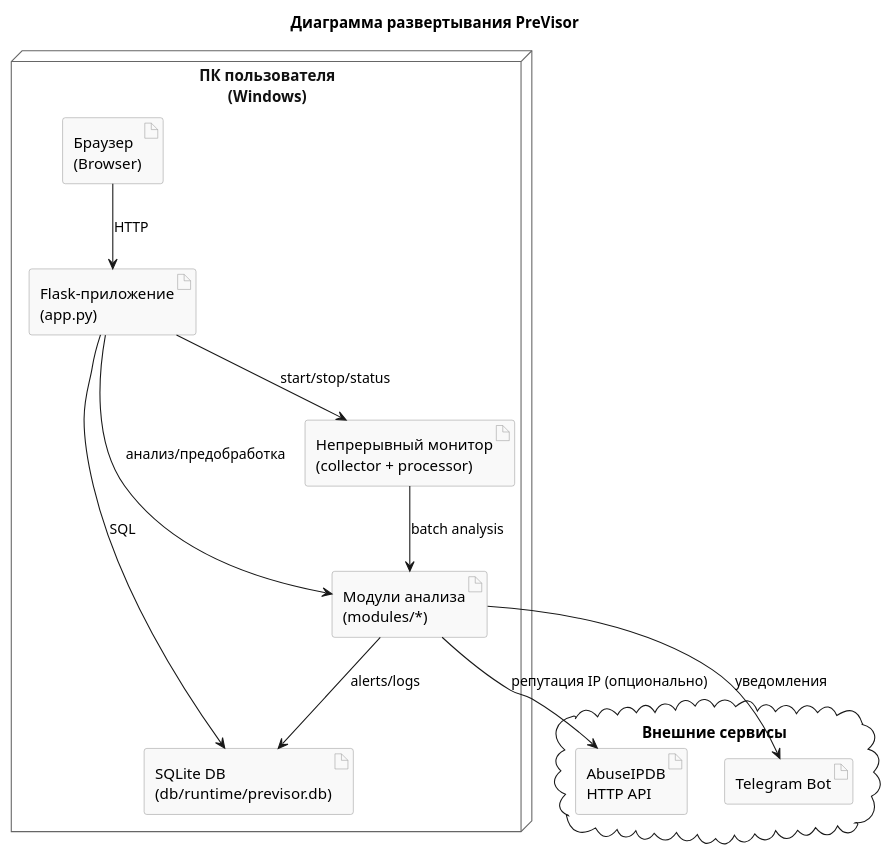
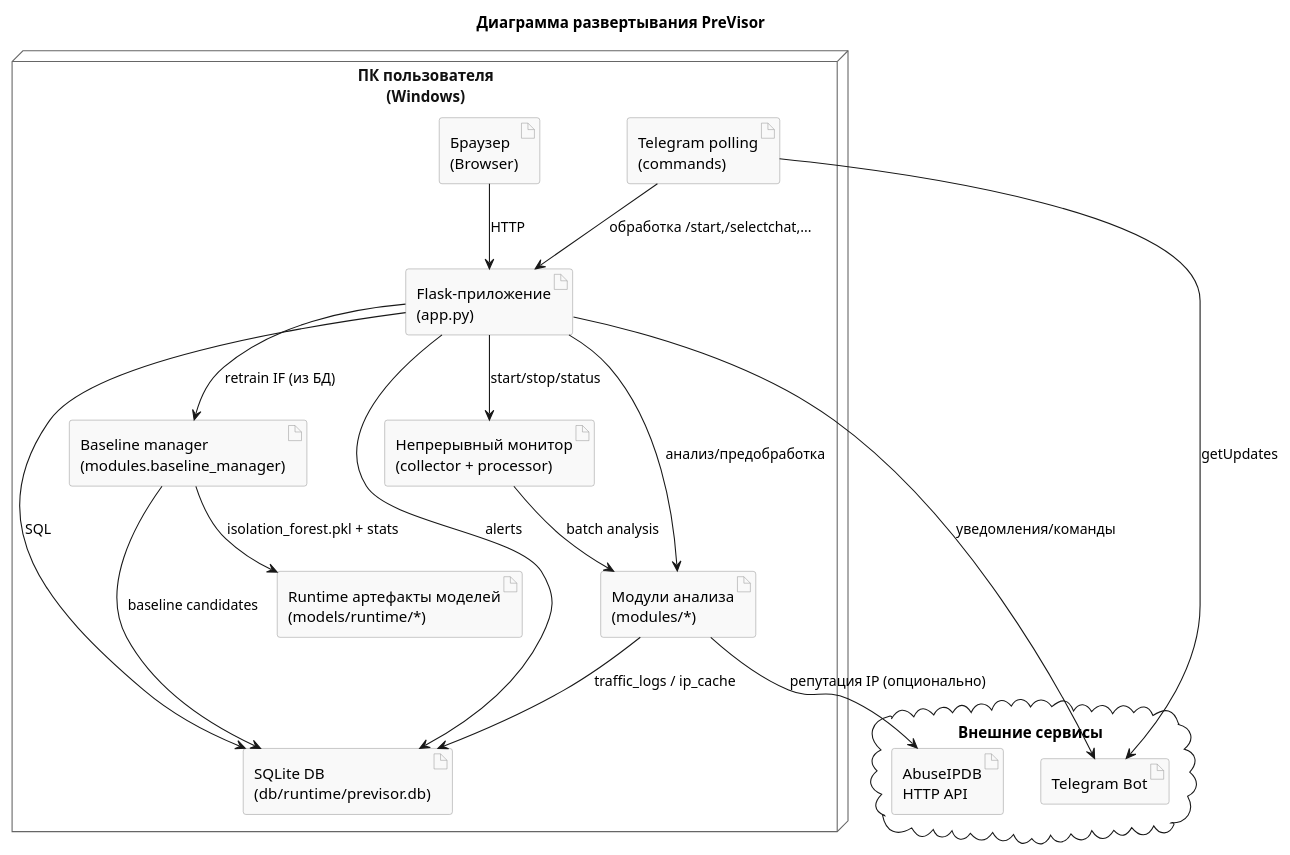
The diagram in static/previsor_deployment_diagram.puml (k00000tek/previsor), drawn with PlantUML before and after one commit. The commit also changed 34 other files, not shown here.

```diff
--- a/static/previsor_deployment_diagram.puml
+++ b/static/previsor_deployment_diagram.puml
@@ -1,37 +1,46 @@
 @startuml
 title Диаграмма развертывания PreVisor
 
 skinparam node {
   BackgroundColor White
   BorderColor #666
   FontColor #111
 }
 
 skinparam artifact {
   BackgroundColor #F9F9F9
   BorderColor #999
 }
 
 node "ПК пользователя\n(Windows)" as Client {
     artifact "Браузер\n(Browser)" as Browser
     artifact "Flask-приложение\n(app.py)" as FlaskApp
     artifact "Непрерывный монитор\n(collector + processor)" as Monitor
+    artifact "Telegram polling\n(commands)" as TgPoll
     artifact "Модули анализа\n(modules/*)" as AnalyzerMods
+    artifact "Baseline manager\n(modules.baseline_manager)" as BaselineMgr
     artifact "SQLite DB\n(db/runtime/previsor.db)" as DB
+    artifact "Runtime артефакты моделей\n(models/runtime/*)" as Artifacts
 }
 
 cloud "Внешние сервисы" as Cloud {
     artifact "AbuseIPDB\nHTTP API" as TI
     artifact "Telegram Bot" as Notif
 }
 
 Browser --> FlaskApp : HTTP
 FlaskApp --> Monitor : start/stop/status
 FlaskApp --> AnalyzerMods : анализ/предобработка
+FlaskApp --> BaselineMgr : retrain IF (из БД)
+TgPoll --> FlaskApp : обработка /start,/selectchat,...
 Monitor --> AnalyzerMods : batch analysis
 FlaskApp --> DB : SQL
-AnalyzerMods --> DB : alerts/logs
+AnalyzerMods --> DB : traffic_logs / ip_cache
+FlaskApp --> DB : alerts
+BaselineMgr --> DB : baseline candidates
+BaselineMgr --> Artifacts : isolation_forest.pkl + stats
 AnalyzerMods --> TI : репутация IP (опционально)
-AnalyzerMods --> Notif : уведомления
+FlaskApp --> Notif : уведомления/команды
+TgPoll --> Notif : getUpdates
 
 @enduml
```
